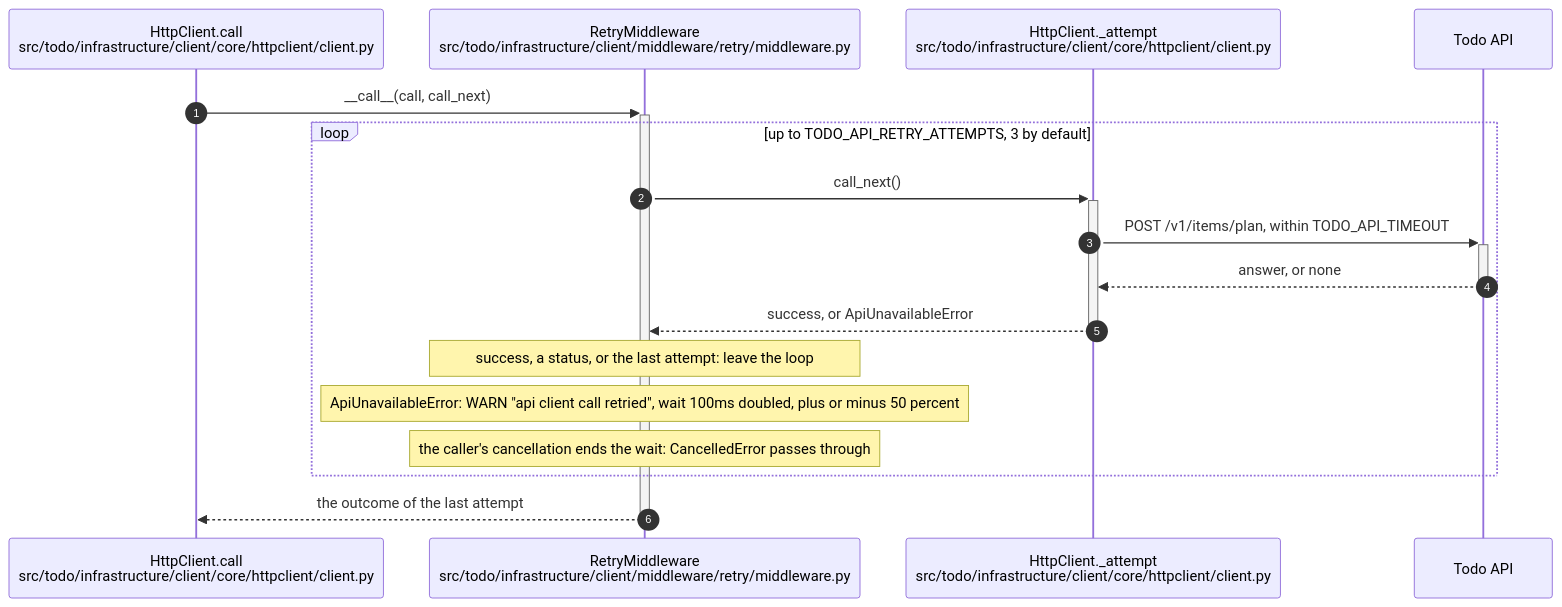
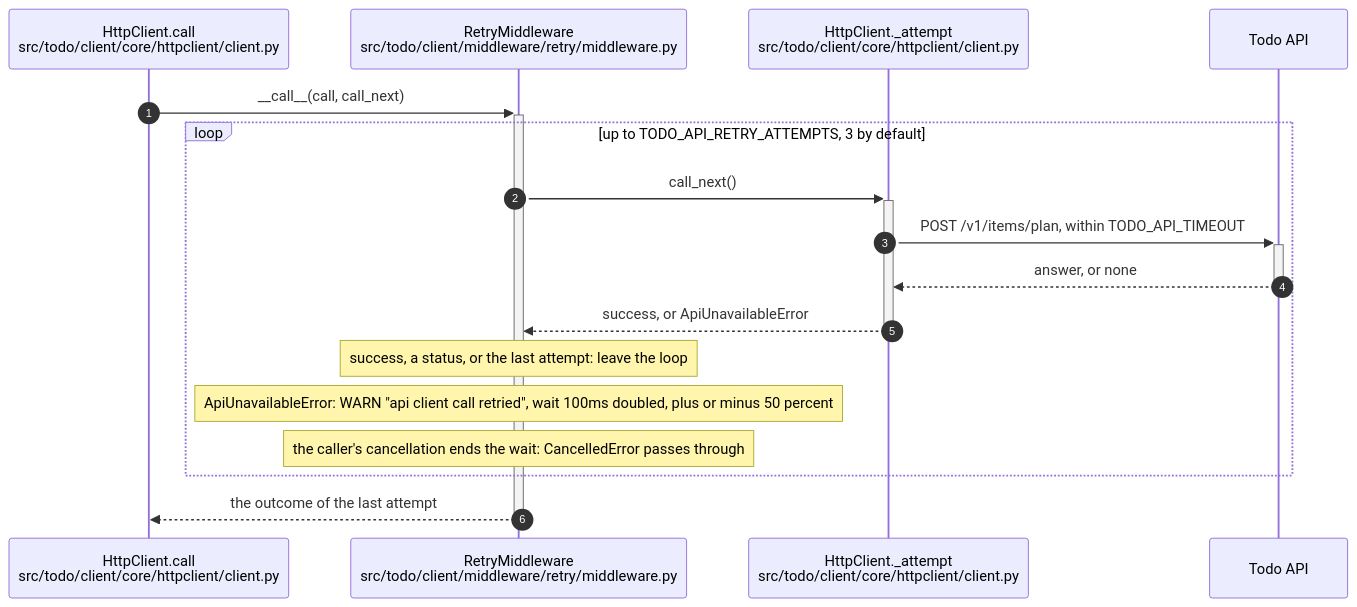
One commit to InsonusK/ai-skills changed the diagram in library/architecture/python/vp-client-retry-in-python.skill/diagrams/example-flow.mmd. Above: the diagram before and after it, drawn with Mermaid. The commit also changed 646 other files, not shown here.

Commit message:
refactor: realize client and service boundaries across architecture stacks

```diff
--- a/library/architecture/python/vp-client-retry-in-python.skill/diagrams/example-flow.mmd
+++ b/library/architecture/python/vp-client-retry-in-python.skill/diagrams/example-flow.mmd
@@ -1,18 +1,18 @@
 sequenceDiagram
     autonumber
-    participant Client as HttpClient.call<br/>src/todo/infrastructure/client/core/httpclient/client.py
-    participant Retry as RetryMiddleware<br/>src/todo/infrastructure/client/middleware/retry/middleware.py
-    participant Attempt as HttpClient._attempt<br/>src/todo/infrastructure/client/core/httpclient/client.py
+    participant Client as HttpClient.call<br/>src/todo/client/core/httpclient/client.py
+    participant Retry as RetryMiddleware<br/>src/todo/client/middleware/retry/middleware.py
+    participant Attempt as HttpClient._attempt<br/>src/todo/client/core/httpclient/client.py
     participant API as Todo API
 
     Client->>+Retry: __call__(call, call_next)
     loop up to TODO_API_RETRY_ATTEMPTS, 3 by default
         Retry->>+Attempt: call_next()
         Attempt->>+API: POST /v1/items/plan, within TODO_API_TIMEOUT
         API-->>-Attempt: answer, or none
         Attempt-->>-Retry: success, or ApiUnavailableError
         Note over Retry: success, a status, or the last attempt: leave the loop
         Note over Retry: ApiUnavailableError: WARN "api client call retried", wait 100ms doubled, plus or minus 50 percent
         Note over Retry: the caller's cancellation ends the wait: CancelledError passes through
     end
     Retry-->>-Client: the outcome of the last attempt
```
